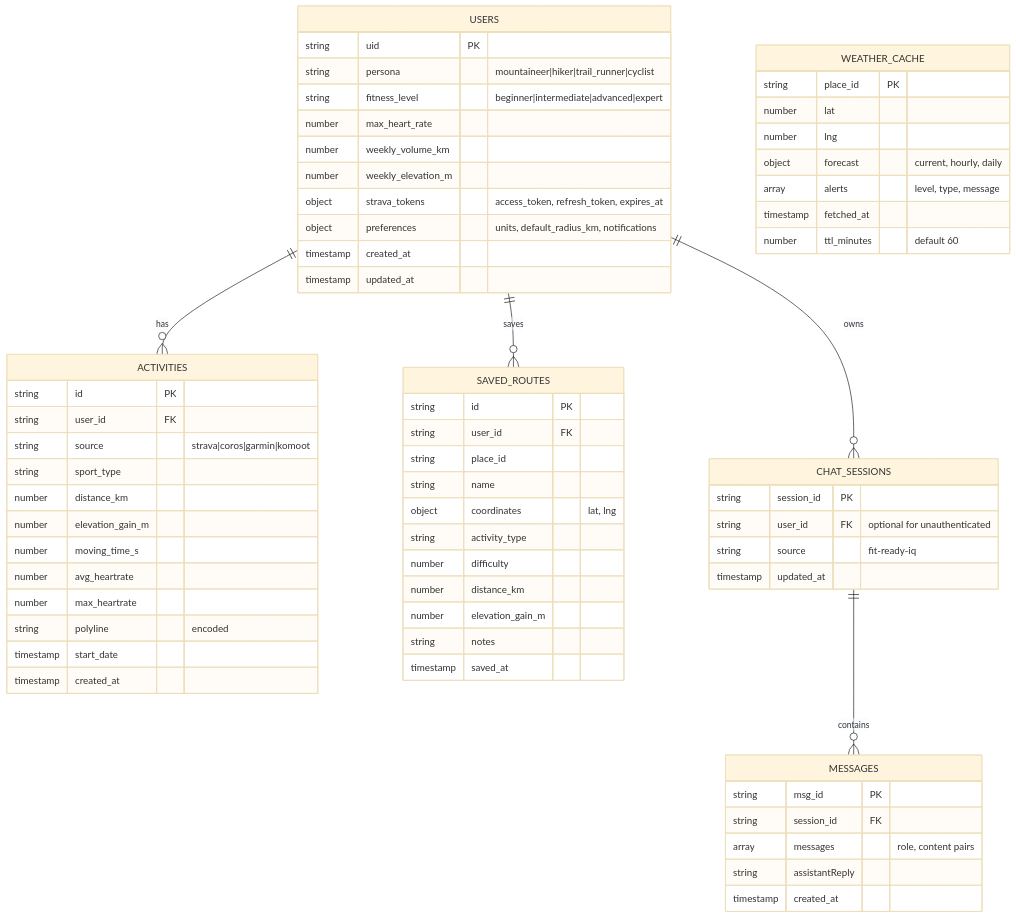
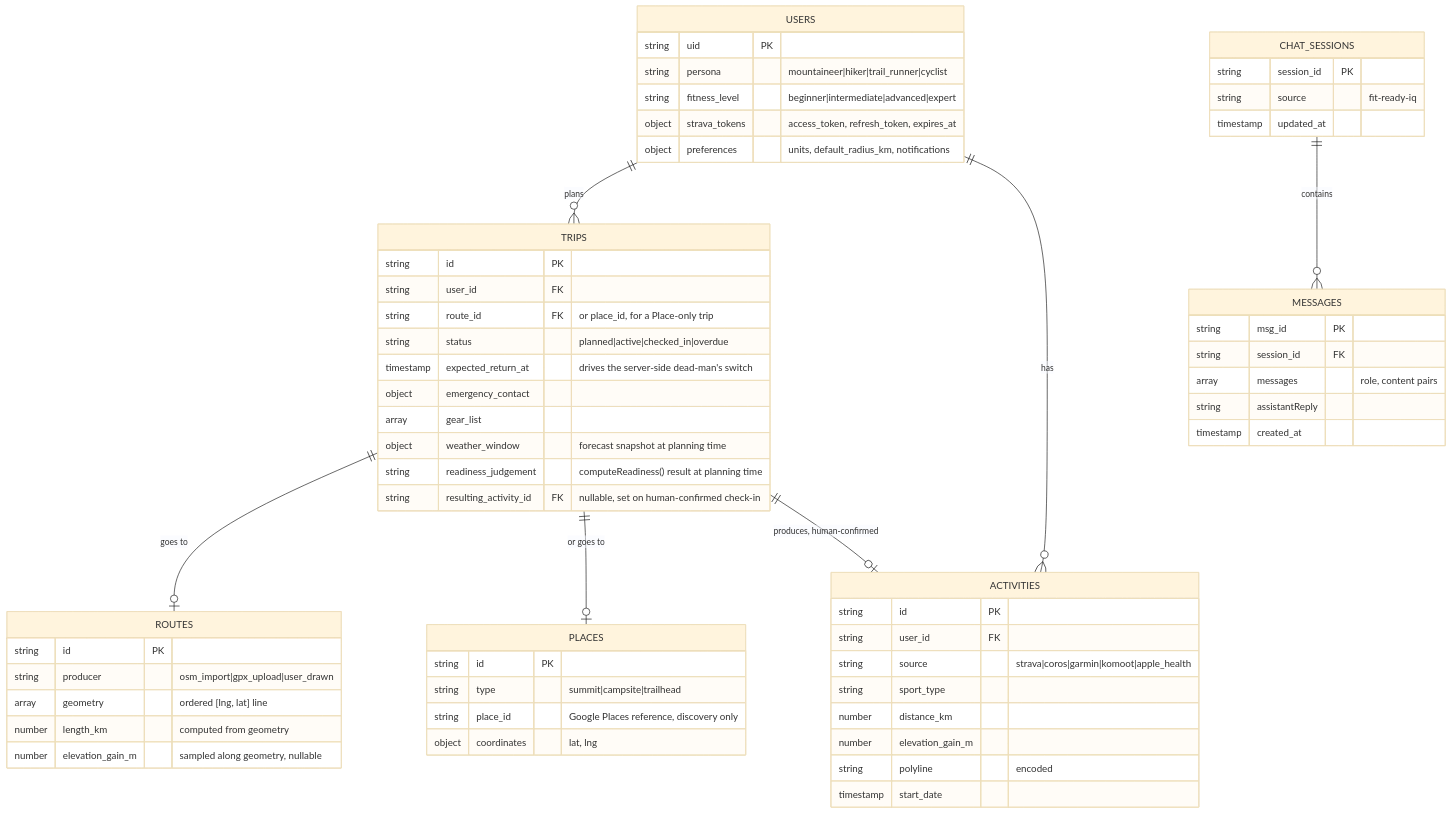
Before and after one commit to Oweeboi011/Fit-Ready-IQ: diagram 11 of 18 in docs/solution-plan/SOLUTION-PLAN.md, drawn with Mermaid (base theme). The commit also changed other lines of this file, not shown here.

````diff
--- a/docs/solution-plan/SOLUTION-PLAN.md
+++ b/docs/solution-plan/SOLUTION-PLAN.md
@@ -637,74 +657,70 @@
 ```mermaid
 erDiagram
     USERS {
         string uid PK
         string persona "mountaineer|hiker|trail_runner|cyclist"
         string fitness_level "beginner|intermediate|advanced|expert"
-        number max_heart_rate
-        number weekly_volume_km
-        number weekly_elevation_m
         object strava_tokens "access_token, refresh_token, expires_at"
         object preferences "units, default_radius_km, notifications"
-        timestamp created_at
-        timestamp updated_at
+    }
+
+    TRIPS {
+        string id PK
+        string user_id FK
+        string route_id FK "or place_id, for a Place-only trip"
+        string status "planned|active|checked_in|overdue"
+        timestamp expected_return_at "drives the server-side dead-man's switch"
+        object emergency_contact
+        array gear_list
+        object weather_window "forecast snapshot at planning time"
+        string readiness_judgement "computeReadiness() result at planning time"
+        string resulting_activity_id FK "nullable, set on human-confirmed check-in"
+    }
+
+    ROUTES {
+        string id PK
+        string producer "osm_import|gpx_upload|user_drawn"
+        array geometry "ordered [lng, lat] line"
+        number length_km "computed from geometry"
+        number elevation_gain_m "sampled along geometry, nullable"
+    }
+
+    PLACES {
+        string id PK
+        string type "summit|campsite|trailhead"
+        string place_id "Google Places reference, discovery only"
+        object coordinates "lat, lng"
     }
 
     ACTIVITIES {
         string id PK
         string user_id FK
-        string source "strava|coros|garmin|komoot"
+        string source "strava|coros|garmin|komoot|apple_health"
         string sport_type
         number distance_km
         number elevation_gain_m
-        number moving_time_s
-        number avg_heartrate
-        number max_heartrate
         string polyline "encoded"
         timestamp start_date
-        timestamp created_at
-    }
-
-    SAVED_ROUTES {
-        string id PK
-        string user_id FK
-        string place_id
-        string name
-        object coordinates "lat, lng"
-        string activity_type
-        number difficulty
-        number distance_km
-        number elevation_gain_m
-        string notes
-        timestamp saved_at
     }
 
     CHAT_SESSIONS {
         string session_id PK
-        string user_id FK "optional for unauthenticated"
         string source "fit-ready-iq"
         timestamp updated_at
     }
 
     MESSAGES {
         string msg_id PK
         string session_id FK
         array messages "role, content pairs"
         string assistantReply
         timestamp created_at
     }
 
-    WEATHER_CACHE {
-        string place_id PK
-        number lat
-        number lng
-        object forecast "current, hourly, daily"
-        array alerts "level, type, message"
-        timestamp fetched_at
-        number ttl_minutes "default 60"
-    }
-
+    USERS ||--o{ TRIPS : plans
     USERS ||--o{ ACTIVITIES : has
-    USERS ||--o{ SAVED_ROUTES : saves
-    USERS ||--o{ CHAT_SESSIONS : owns
+    TRIPS ||--o| ROUTES : "goes to"
+    TRIPS ||--o| PLACES : "or goes to"
+    TRIPS ||--o| ACTIVITIES : "produces, human-confirmed"
     CHAT_SESSIONS ||--o{ MESSAGES : contains
 ```
````
